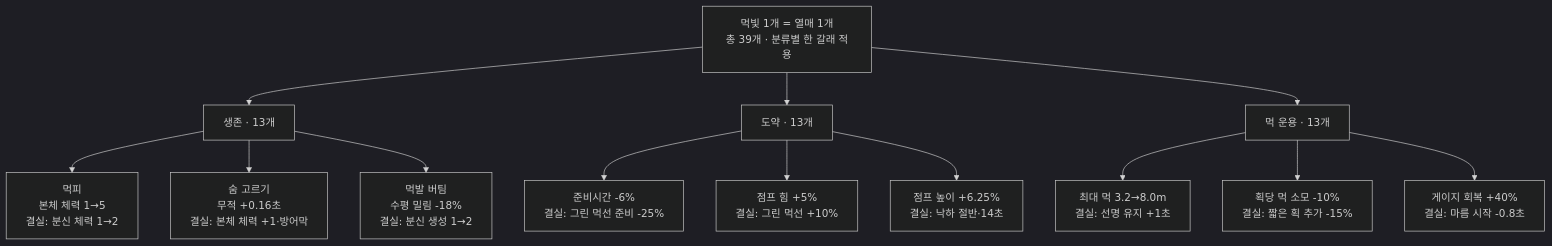
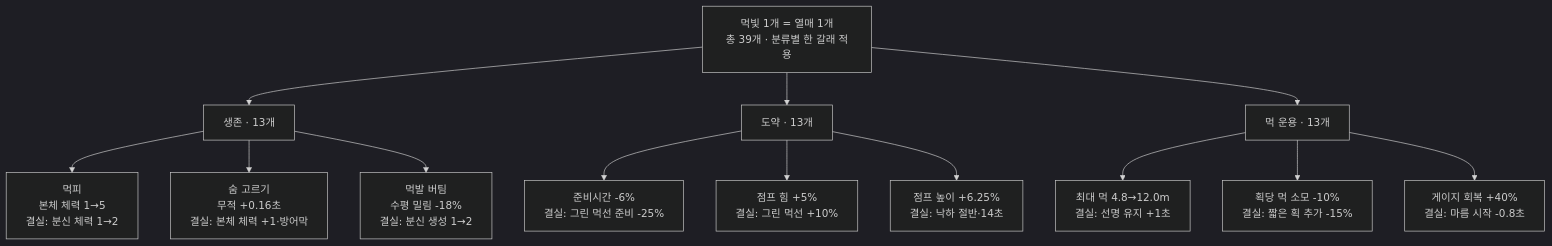
Before and after one commit to Team-Swooord/muk-jump: the first of 2 diagrams in README.md, drawn with Mermaid (dark theme). The commit also changed other lines of this file and 11 other files, not shown here.

````diff
--- a/README.md
+++ b/README.md
@@ -122,19 +122,19 @@
 ```mermaid
 flowchart TB
     M["먹빛 1개 = 열매 1개<br/>총 39개 · 분류별 한 갈래 적용"]
 
     M --> S["생존 · 13개"]
     S --> SA["먹피<br/>본체 체력 1→5<br/>결실: 분신 체력 1→2"]
     S --> SB["숨 고르기<br/>무적 +0.16초<br/>결실: 본체 체력 +1·방어막"]
     S --> SC["먹발 버팀<br/>수평 밀림 -18%<br/>결실: 분신 생성 1→2"]
 
     M --> J["도약 · 13개"]
     J --> JA["준비시간 -6%<br/>결실: 그린 먹선 준비 -25%"]
     J --> JB["점프 힘 +5%<br/>결실: 그린 먹선 +10%"]
     J --> JC["점프 높이 +6.25%<br/>결실: 낙하 절반·14초"]
 
     M --> I["먹 운용 · 13개"]
-    I --> IA["최대 먹 3.2→8.0m<br/>결실: 선명 유지 +1초"]
+    I --> IA["최대 먹 4.8→12.0m<br/>결실: 선명 유지 +1초"]
     I --> IB["획당 먹 소모 -10%<br/>결실: 짧은 획 추가 -15%"]
     I --> IC["게이지 회복 +40%<br/>결실: 마름 시작 -0.8초"]
 ```
````
